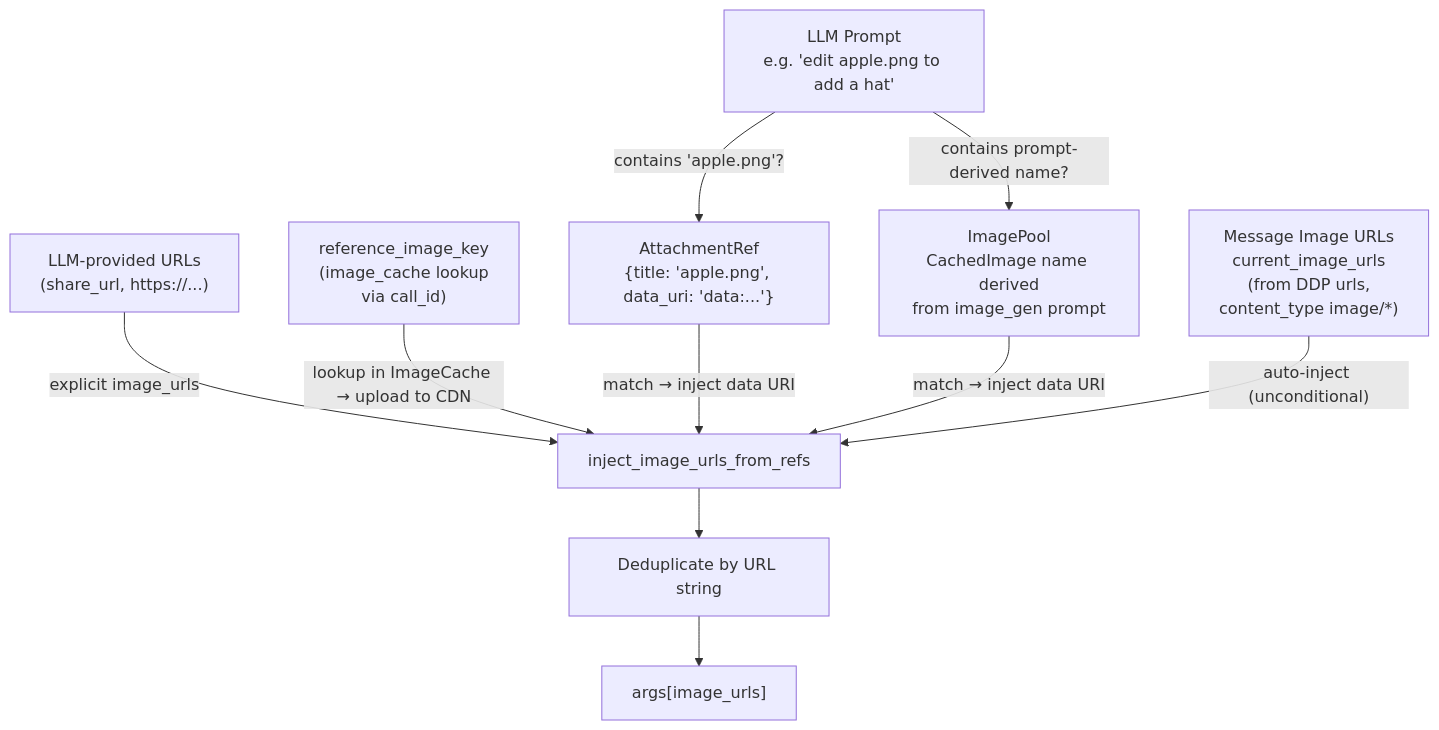
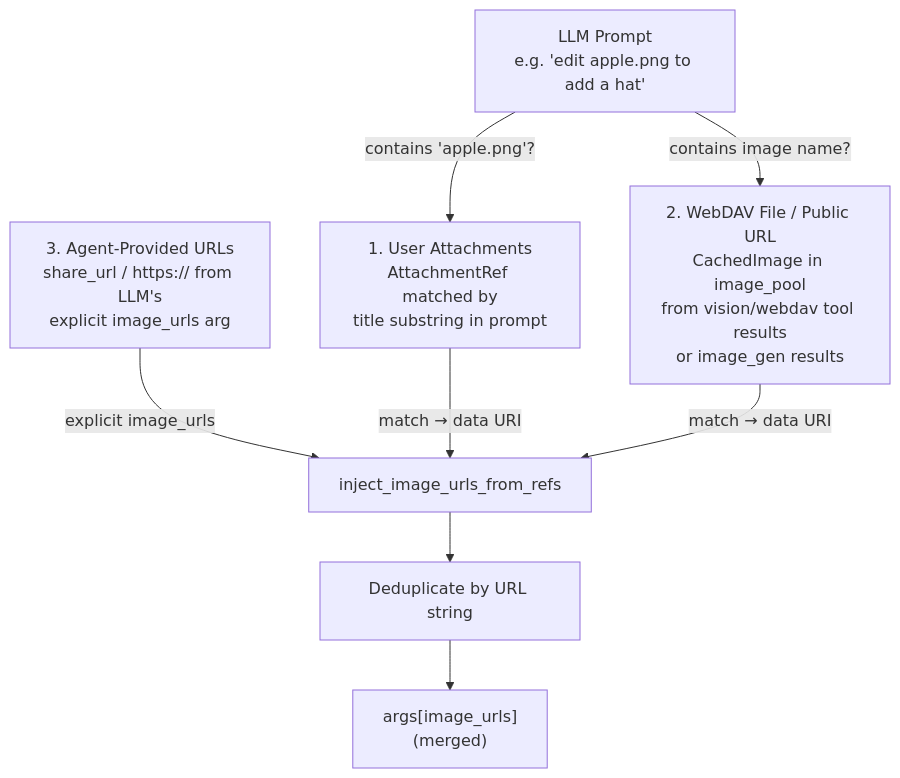
One commit to cosmoswafer/rockbot changed the fourth of 7 diagrams in _dfd/interception/image-interception.md. Above: the diagram before and after it, drawn with Mermaid. The commit also changed other lines of this file and 6 other files, not shown here.

First line of the commit message:
image-gen: implement vision/webdav tool result interception + fix DFD consistency

````diff
--- a/_dfd/interception/image-interception.md
+++ b/_dfd/interception/image-interception.md
@@ -129,23 +132,18 @@
 ```mermaid
 flowchart TD
     PROMPT[LLM Prompt<br/>e.g. 'edit apple.png to add a hat']
-    ATTACH_REF["AttachmentRef<br/>{title: 'apple.png', data_uri: 'data:...'}"]
-    IMG_POOL["ImagePool<br/>CachedImage name derived<br/>from image_gen prompt"]
-    AGENT_URL["LLM-provided URLs<br/>(share_url, https://...)"]
-    MSG_URLS["Message Image URLs<br/>current_image_urls<br/>(from DDP urls,<br/>content_type image/*)"]
-    REF_KEY["reference_image_key<br/>(image_cache lookup<br/>via call_id)"]
-
+    ATTACH_REF["1. User Attachments<br/>AttachmentRef matched by<br/>title substring in prompt"]
+    IMG_POOL["2. WebDAV File / Public URL<br/>CachedImage in image_pool<br/>from vision/webdav tool results<br/>or image_gen results"]
+    AGENT_URL["3. Agent-Provided URLs<br/>share_url / https:// from LLM's<br/>explicit image_urls arg"]
     INJECT[inject_image_urls_from_refs]
     DEDUP[Deduplicate by URL string]
-    OUT["args[image_urls]"]
+    ARGS["args[image_urls]<br/>(merged)"]
 
     PROMPT -->|"contains 'apple.png'?"| ATTACH_REF
-    PROMPT -->|"contains prompt-derived name?"| IMG_POOL
+    PROMPT -->|"contains image name?"| IMG_POOL
     AGENT_URL -->|"explicit image_urls"| INJECT
-    REF_KEY -->|"lookup in ImageCache → upload to CDN"| INJECT
-    ATTACH_REF -->|"match → inject data URI"| INJECT
-    IMG_POOL -->|"match → inject data URI"| INJECT
-    MSG_URLS -->|"auto-inject (unconditional)"| INJECT
+    ATTACH_REF -->|"match → data URI"| INJECT
+    IMG_POOL -->|"match → data URI"| INJECT
     INJECT --> DEDUP
-    DEDUP --> OUT
+    DEDUP --> ARGS
 ```
````
